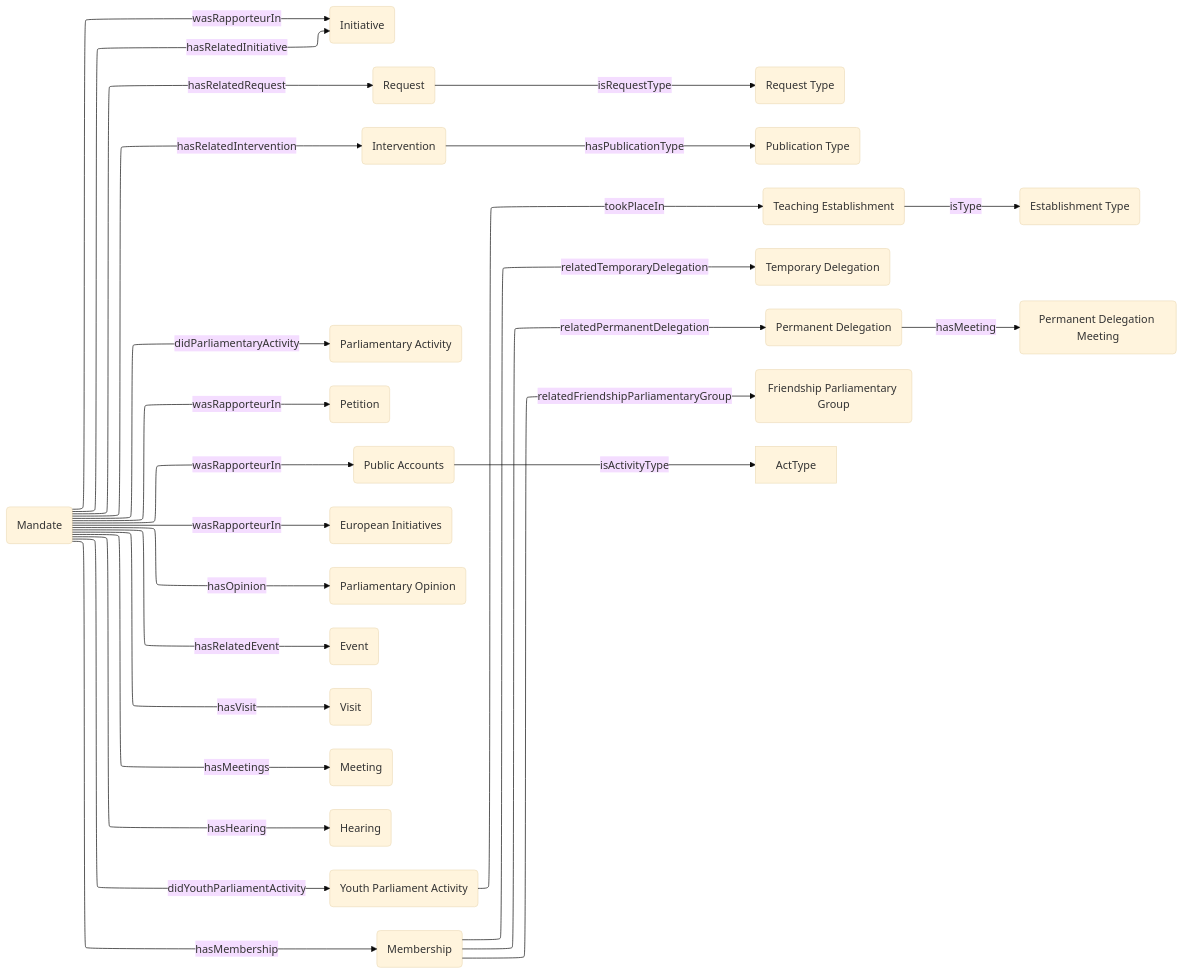
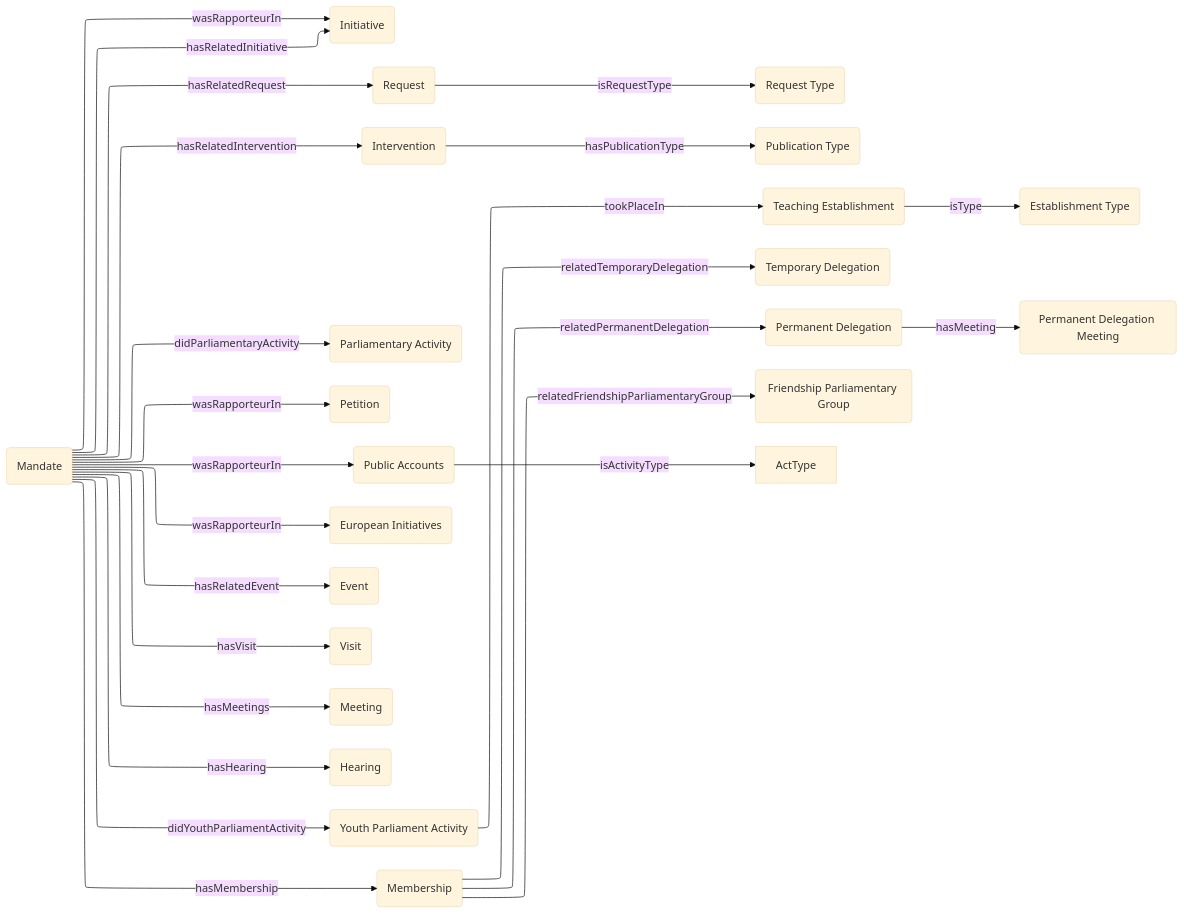
The diagram in OpenDataGOV-AP/DataModel/mp-activity/mp-activity.mermaid (politrackpt/ontologies), drawn with Mermaid (base theme) before and after one commit. The commit also changed 1 other file, not shown here.

```diff
--- a/OpenDataGOV-AP/DataModel/mp-activity/mp-activity.mermaid
+++ b/OpenDataGOV-AP/DataModel/mp-activity/mp-activity.mermaid
@@ -1,50 +1,48 @@
 ---
 config:
   layout: elk
 ---
 flowchart LR
     Mandate("Mandate")
     Ini("Initiative")
     Req("Request")
     reqtype("Request Type")
     Interv("Intervention")
     PubType("Publication Type")
     PAct("Parliamentary Activity")
     Pet("Petition")
     PE("Public Accounts")
     EUINI("European Initiatives")
-    Opi("Parliamentary Opinion")
     Event("Event")
     Visit("Visit")
     Meet("Meeting")
     Hear("Hearing")
     YPA("Youth Parliament Activity")
     TeaEs("Teaching Establishment")
     EsType("Establishment Type")
     Mem("Membership")
     DelE("Temporary Delegation")
     DelP("Permanent Delegation")
     FPG("Friendship Parliamentary Group")
     DelPM("Permanent Delegation Meeting")
 
     Mandate -- hasRelatedInitiative --> Ini
     Mandate -- hasRelatedRequest --> Req
     Req -- isRequestType --> reqtype
     Mandate -- hasRelatedIntervention --> Interv
     Interv -- hasPublicationType  --> PubType
     Mandate -- didParliamentaryActivity --> PAct
     Mandate -- wasRapporteurIn --> Ini & Pet & PE & EUINI
     PE -- isActivityType --> ActType
-    Mandate -- hasOpinion --> Opi
     Mandate -- hasRelatedEvent --> Event
     Mandate -- hasVisit --> Visit
     Mandate -- hasMeetings --> Meet
     Mandate -- hasHearing --> Hear
     Mandate -- didYouthParliamentActivity --> YPA
     YPA -- tookPlaceIn --> TeaEs
     TeaEs -- isType --> EsType
     Mandate -- hasMembership --> Mem
     Mem -- relatedTemporaryDelegation --> DelE
     Mem -- relatedPermanentDelegation --> DelP
     Mem -- relatedFriendshipParliamentaryGroup --> FPG
     DelP -- hasMeeting --> DelPM
```
